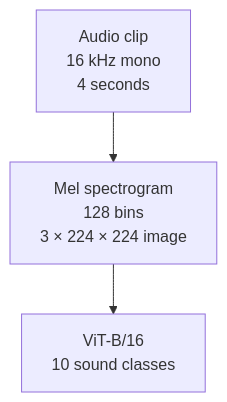
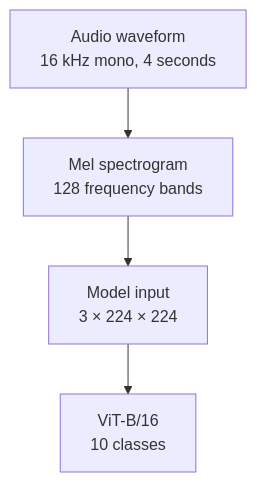
Before and after one commit to spicyneutrino/audio-classification-using-ViT: the diagram in README.md, drawn with Mermaid. The commit also changed other lines of this file, not shown here.

````diff
--- a/README.md
+++ b/README.md
@@ -13,5 +25,6 @@
 ```mermaid
 flowchart TD
-    audio["Audio clip<br/>16 kHz mono<br/>4 seconds"] --> mel["Mel spectrogram<br/>128 bins<br/>3 × 224 × 224 image"]
-    mel --> vit["ViT-B/16<br/>10 sound classes"]
+    audio["Audio waveform<br/>16 kHz mono, 4 seconds"] --> mel["Mel spectrogram<br/>128 frequency bands"]
+    mel --> image["Model input<br/>3 × 224 × 224"]
+    image --> vit["ViT-B/16<br/>10 classes"]
 ```
````
